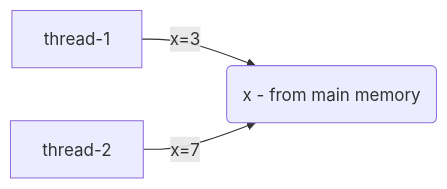
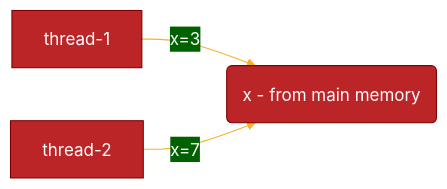
The diagram in README.md (cloudxmen/java-concurrency), drawn with Mermaid before and after one commit.

Commit message:
update with themes

````diff
--- a/README.md
+++ b/README.md
@@ -35,6 +35,20 @@
 ```mermaid
+%%{
+  init: {
+    'theme': 'base',
+    'themeVariables': {
+      'primaryColor': '#BB2528',
+      'primaryTextColor': '#fff',
+      'primaryBorderColor': '#7C0000',
+      'lineColor': '#F8B229',
+      'secondaryColor': '#006100',
+      'tertiaryColor': '#fff'
+    }
+  }
+}%%
+
 graph LR;
 thread-1 -- x=3 --> x(x - from main memory)
 thread-2 -- x=7 --> x
 
 ```
````
